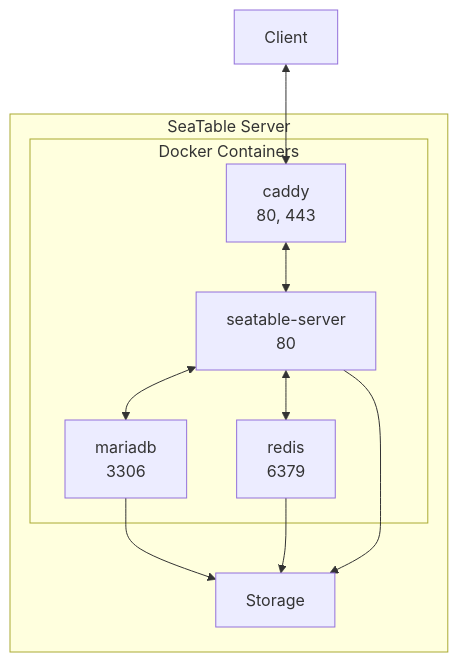
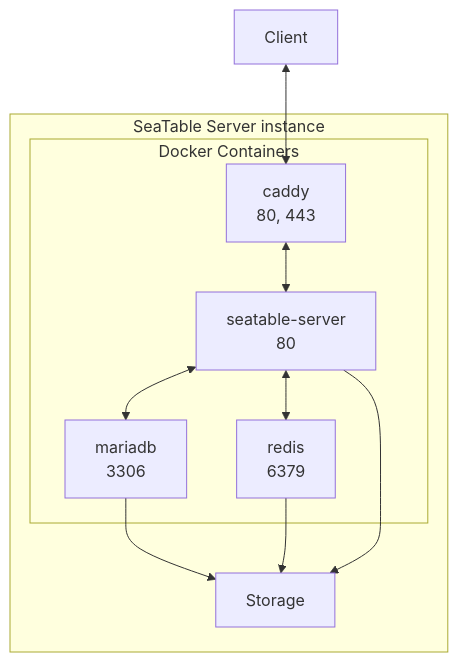
The first of 2 diagrams in docs/introduction/architecture.md (seatable/seatable-admin-docs), drawn with Mermaid before and after one commit. The commit also changed other lines of this file, not shown here.

First line of the commit message:
Improved architecture description

````diff
--- a/docs/introduction/architecture.md
+++ b/docs/introduction/architecture.md
@@ -11,19 +9,19 @@
 ```mermaid
 flowchart TB
     Client<-->A
-    subgraph s[SeaTable Server]
+    subgraph s[SeaTable Server instance]
         subgraph d[Docker Containers]
             A[caddy<br/>80, 443]
             B[seatable-server<br/>80]
             C[mariadb<br/>3306]
             D[redis<br/>6379]
             A<-->B
             B<-->C
             B<-->D
         end
         F[Storage]
         C --> F
         D --> F
         B --> F
     end
 ```
````
